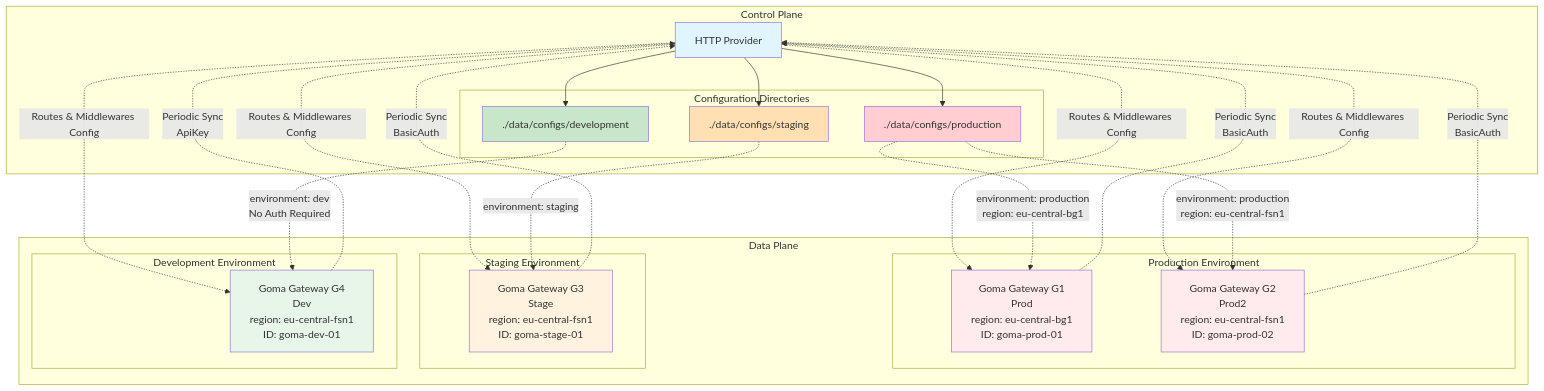
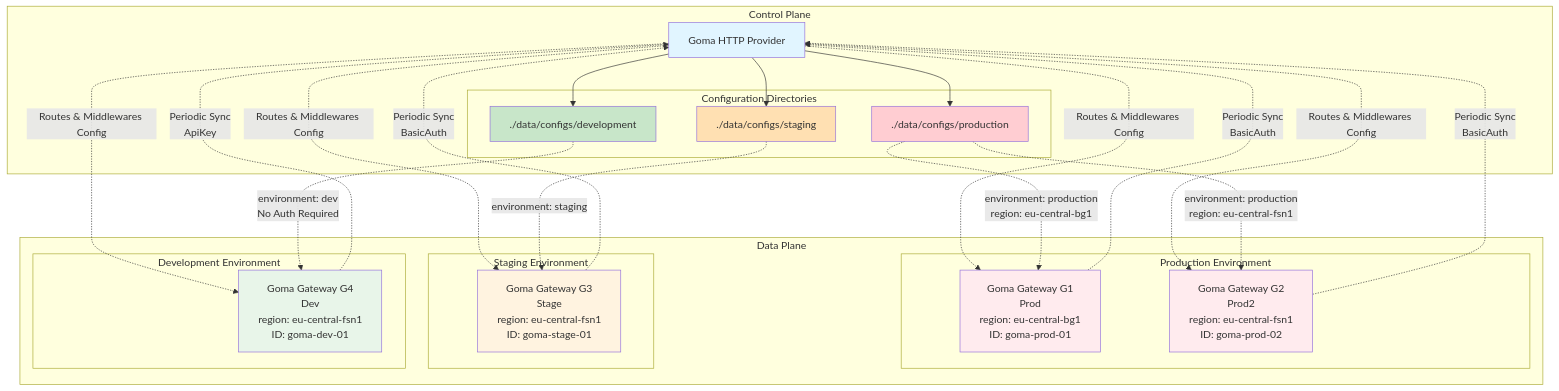
Before and after one commit to jkaninda/goma-http-provider: the diagram in README.md, drawn with Mermaid.

````diff
--- a/README.md
+++ b/README.md
@@ -24,53 +24,53 @@
 ```mermaid
 graph TB
     subgraph "Control Plane"
-        HP[HTTP Provider]
+        HP[Goma HTTP Provider]
         subgraph "Configuration Directories"
             PROD_DIR[./data/configs/production]
             STAGE_DIR[./data/configs/staging]
             DEV_DIR[./data/configs/development]
         end
         HP --> PROD_DIR
         HP --> STAGE_DIR
         HP --> DEV_DIR
     end
 
     subgraph "Data Plane"
         subgraph "Production Environment"
             G1[Goma Gateway G1<br/>Prod<br/>region: eu-central-bg1<br/>ID: goma-prod-01]
             G2[Goma Gateway G2<br/>Prod2<br/>region: eu-central-fsn1<br/>ID: goma-prod-02]
         end
         
         subgraph "Staging Environment"
             G3[Goma Gateway G3<br/>Stage<br/>region: eu-central-fsn1<br/>ID: goma-stage-01]
         end
         
         subgraph "Development Environment"
             G4[Goma Gateway G4<br/>Dev<br/>region: eu-central-fsn1<br/>ID: goma-dev-01]
         end
     end
 
     G1 -.->|Periodic Sync<br/>BasicAuth| HP
     G2 -.->|Periodic Sync<br/>BasicAuth| HP
     G3 -.->|Periodic Sync<br/>BasicAuth| HP
     G4 -.->|Periodic Sync<br/>ApiKey| HP
 
     HP -.->|Routes & Middlewares Config| G1
     HP -.->|Routes & Middlewares Config| G2
     HP -.->|Routes & Middlewares Config| G3
     HP -.->|Routes & Middlewares Config| G4
 
     PROD_DIR -.->|environment: production<br/>region: eu-central-bg1| G1
     PROD_DIR -.->|environment: production<br/>region: eu-central-fsn1| G2
     STAGE_DIR -.->|environment: staging| G3
     DEV_DIR -.->|environment: dev<br/>No Auth Required| G4
 
     style HP fill:#e1f5ff
     style G1 fill:#ffebee
     style G2 fill:#ffebee
     style G3 fill:#fff3e0
     style G4 fill:#e8f5e9
     style PROD_DIR fill:#ffcdd2
     style STAGE_DIR fill:#ffe0b2
     style DEV_DIR fill:#c8e6c9
 ```
````
